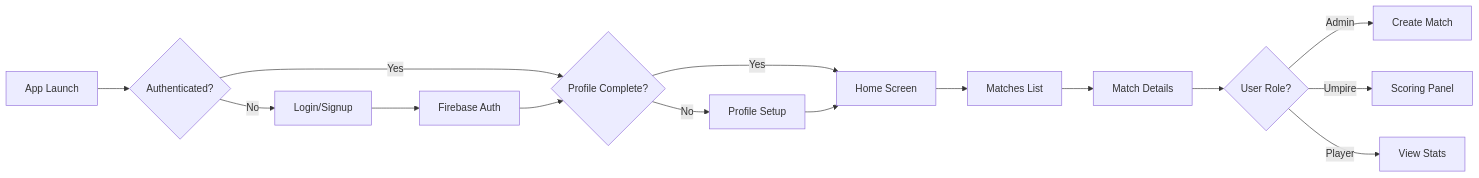
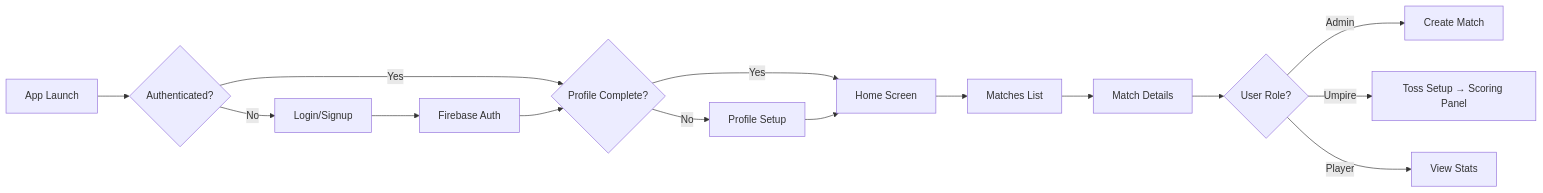
One commit to abhie2005/Crease changed the diagram in README.md. Above: the diagram before and after it, drawn with Mermaid. The commit also changed other lines of this file, not shown here.

````diff
--- a/README.md
+++ b/README.md
@@ -220,17 +276,17 @@
 ```mermaid
 graph LR
     A[App Launch] --> B{Authenticated?}
     B -->|No| C[Login/Signup]
     B -->|Yes| D{Profile Complete?}
     C --> E[Firebase Auth]
     E --> D
     D -->|No| F[Profile Setup]
     D -->|Yes| G[Home Screen]
     F --> G
     G --> H[Matches List]
     H --> I[Match Details]
     I --> J{User Role?}
     J -->|Admin| K[Create Match]
-    J -->|Umpire| L[Scoring Panel]
+    J -->|Umpire| L[Toss Setup → Scoring Panel]
     J -->|Player| M[View Stats]
 ```
````
